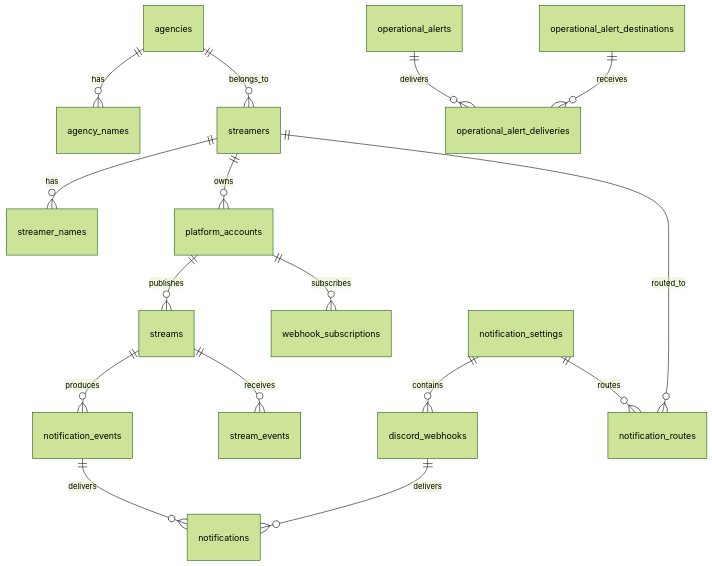
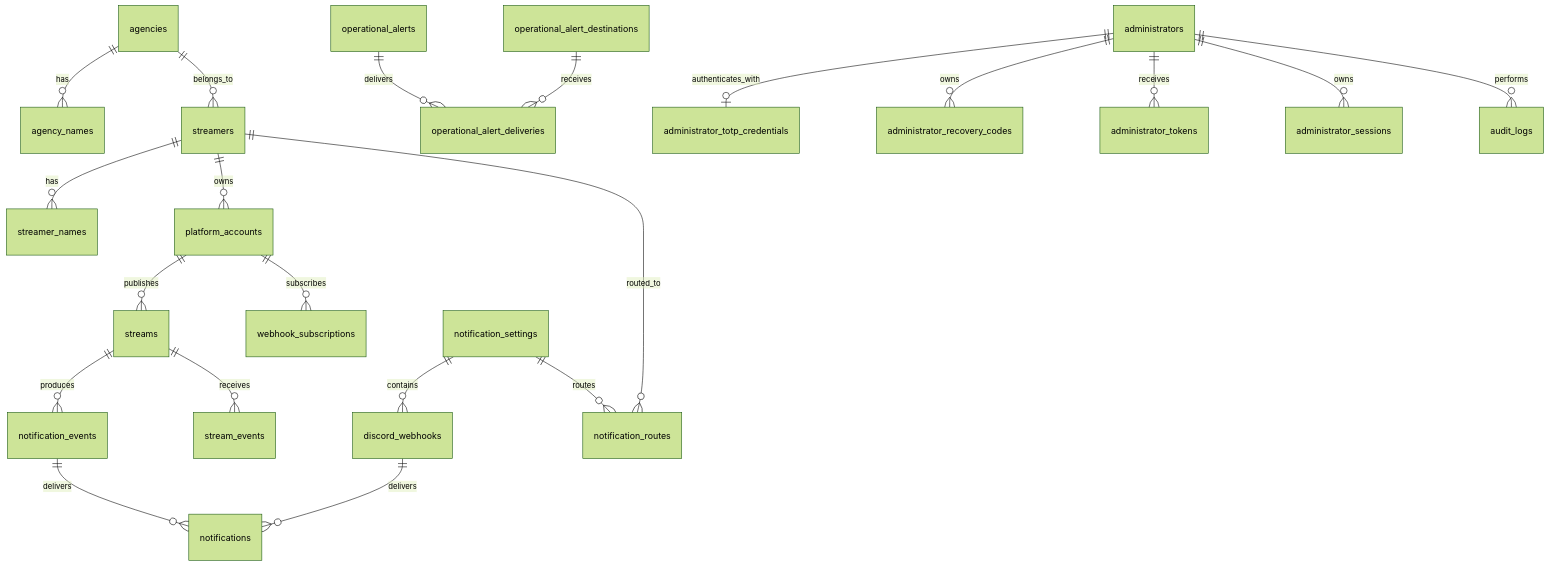
Before and after one commit to hrkz777/StreamNotifyBot: the diagram in Documents/データ設計書.md, drawn with Mermaid (forest theme). The commit also changed other lines of this file and 3 other files, not shown here.

````diff
--- a/Documents/データ設計書.md
+++ b/Documents/データ設計書.md
@@ -22,18 +22,23 @@
 ```mermaid
 erDiagram
     notification_settings ||--o{ discord_webhooks : contains
     agencies ||--o{ agency_names : has
     agencies ||--o{ streamers : belongs_to
     streamers ||--o{ streamer_names : has
     streamers ||--o{ platform_accounts : owns
     platform_accounts ||--o{ webhook_subscriptions : subscribes
     platform_accounts ||--o{ streams : publishes
     streams ||--o{ stream_events : receives
     streams ||--o{ notification_events : produces
     notification_events ||--o{ notifications : delivers
     discord_webhooks ||--o{ notifications : delivers
     notification_settings ||--o{ notification_routes : routes
     streamers ||--o{ notification_routes : routed_to
     operational_alerts ||--o{ operational_alert_deliveries : delivers
     operational_alert_destinations ||--o{ operational_alert_deliveries : receives
+    administrators ||--o| administrator_totp_credentials : authenticates_with
+    administrators ||--o{ administrator_recovery_codes : owns
+    administrators ||--o{ administrator_tokens : receives
+    administrators ||--o{ administrator_sessions : owns
+    administrators ||--o{ audit_logs : performs
 ```
````
